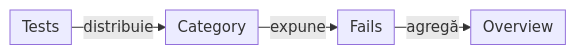
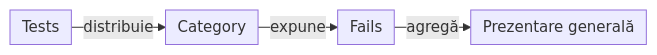
The second of 11 diagrams in docs/ATF_Reporting_Contract.md (crististefanita/atf_j0), drawn with Mermaid before and after one commit. The commit also changed other lines of this file and 113 other files, not shown here.

````diff
--- a/docs/ATF_Reporting_Contract.md
+++ b/docs/ATF_Reporting_Contract.md
@@ -108,7 +108,7 @@
 ```mermaid
 %%{init: {"themeVariables":{"fontSize":"15px"},"themeCSS":".nodeLabel, .nodeLabel p { font-size: 15px !important; line-height: 1.35 !important; } .edgeLabel, .edgeLabel p { font-size: 12px !important; font-weight: 400 !important; line-height: 1.2 !important; } .edgeLabel .labelBkg, .edgeLabel p { background: transparent !important; } .edgeLabel foreignObject { transform: translateY(-18px); overflow: visible; } .node rect { rx: 6px; ry: 6px; }","flowchart":{"curve":"linear","nodeSpacing":24,"rankSpacing":24,"padding":6,"diagramPadding":20}}}%%
 flowchart LR
     Tests["Tests"] -->|distribuie| Category["Category"]
     Category -->|expune| Fails["Fails"]
-    Fails -->|agregă| Overview["Overview"]
+    Fails -->|agregă| Overview["Prezentare generală"]
 ```
````
